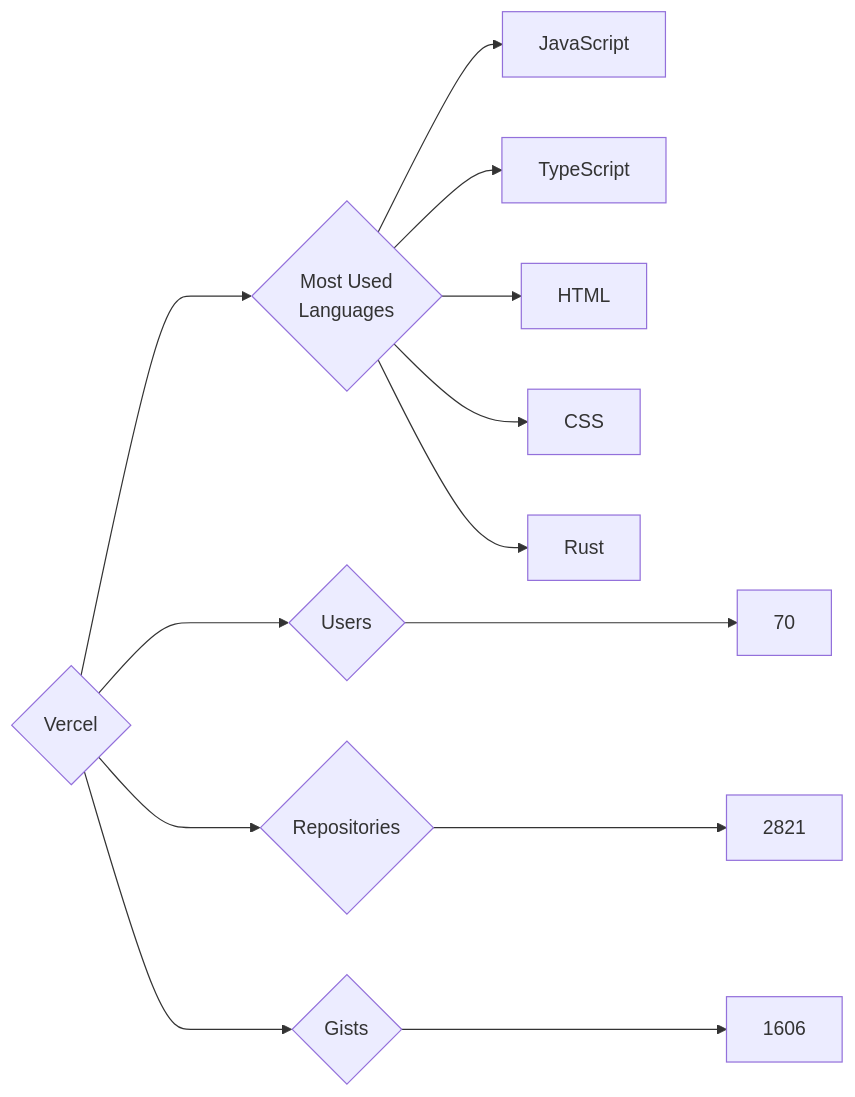
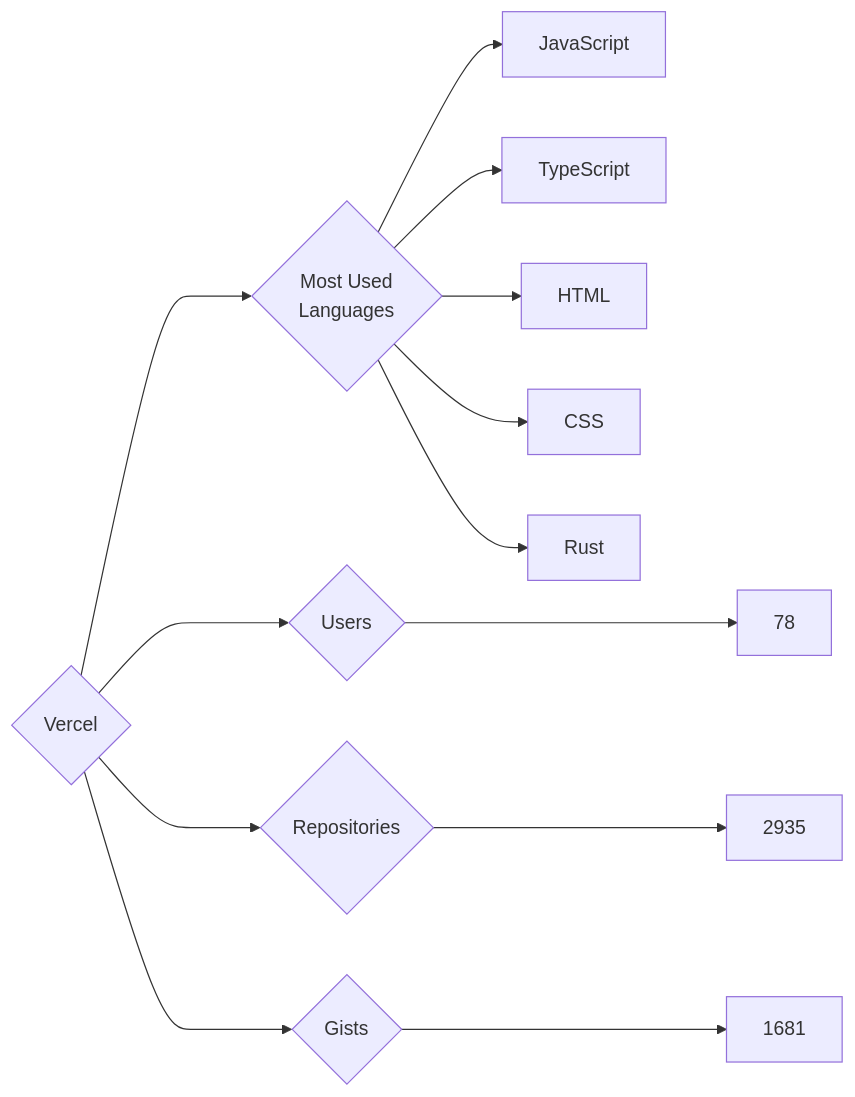
The diagram in targets/Vercel/README.md (trickest/insiders), drawn with Mermaid before and after one commit. The commit also changed 534 other files, not shown here.

````diff
--- a/targets/Vercel/README.md
+++ b/targets/Vercel/README.md
@@ -3,13 +3,13 @@
 ```mermaid
 graph LR
 COMPANY_NAME{Vercel}
-COMPANY_NAME ---> U{Users} ---> UN[70]
-COMPANY_NAME ---> R{Repositories} ---> RN[2821]
-COMPANY_NAME ---> G{Gists} ---> GN[1606]
+COMPANY_NAME ---> U{Users} ---> UN[78]
+COMPANY_NAME ---> R{Repositories} ---> RN[2935]
+COMPANY_NAME ---> G{Gists} ---> GN[1681]
 COMPANY_NAME ---> ML{Most Used<br>Languages}
 ML --> JavaScript[JavaScript]
 ML --> TypeScript[TypeScript]
 ML --> HTML[HTML]
 ML --> CSS[CSS]
 ML --> Rust[Rust]
 ```
````
